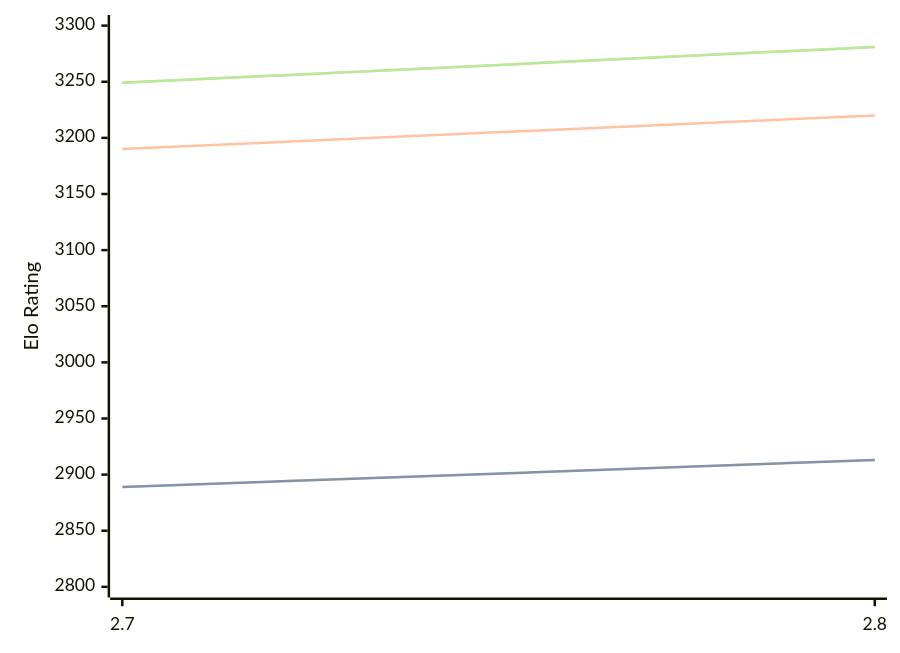
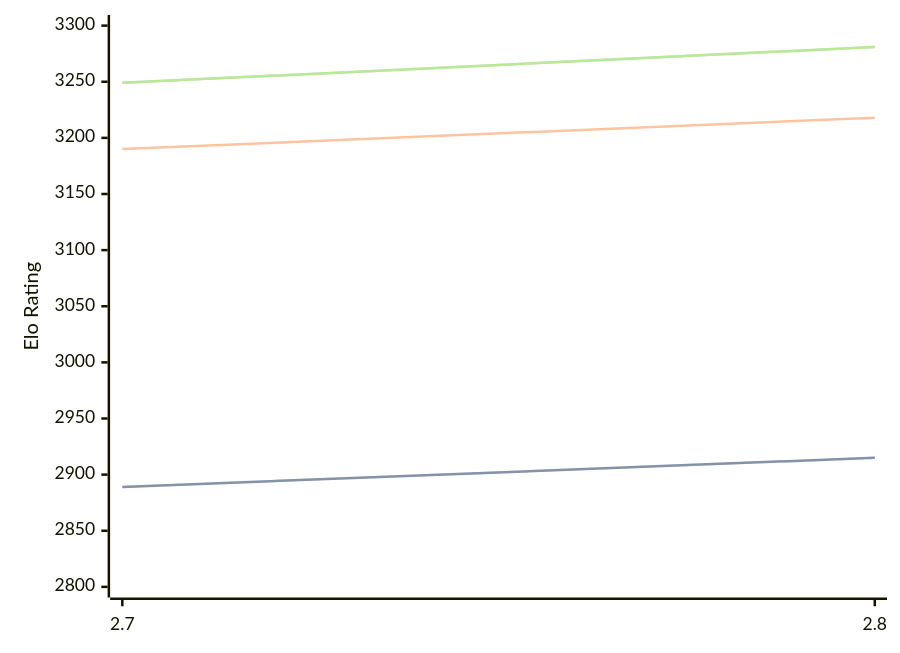
Before and after one commit to computer-chess-index/cci: the first of 3 diagrams in engines/Arcanum.md, drawn with Mermaid. The commit also changed other lines of this file, not shown here.

````diff
--- a/engines/Arcanum.md
+++ b/engines/Arcanum.md
@@ -44,11 +44,11 @@
 ```mermaid
 %%{init: {"theme":"base","themeVariables":{"seriesColors:['#a3a3a3','#222221','#faa371']}}}%%
 xychart-beta
   x-axis ["2.7", "2.8"]
   y-axis "Elo Rating" 2800 --> 3300
-  line "STC (8.0+0.08s)" [2889, 2913]
-  line "STC (8.0+0.08s)" [2889, 2913]
-  line "LTC (60.0+0.60s)" [3190, 3220]
+  line "STC (8.0+0.08s)" [2889, 2915]
+  line "STC (8.0+0.08s)" [2889, 2915]
+  line "LTC (60.0+0.60s)" [3190, 3218]
   line "VLTC (2m24s+1.12s)" [3249, 3281]
   line "VLTC (2m24s+1.12s)" [3249, 3281]
 ```
````
